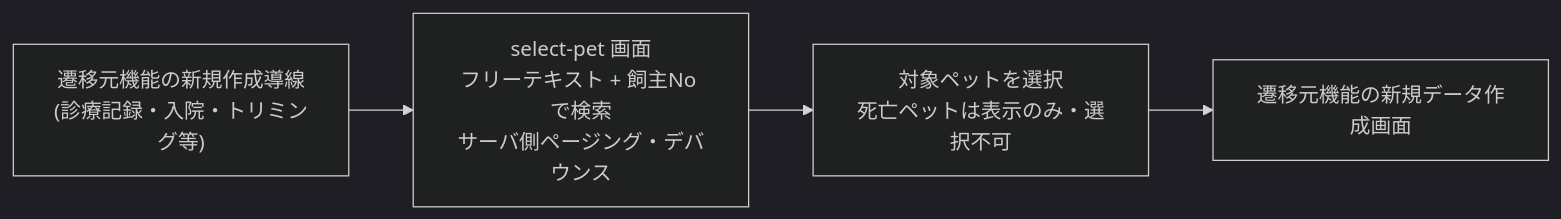
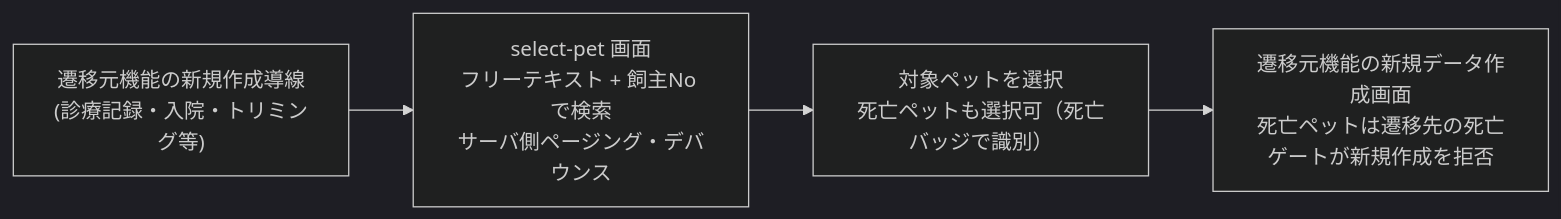
Before and after one commit to MinoruSoga/AnimalEkarte: the diagram in docs/spec/screens/00-pet-selection.md, drawn with Mermaid (dark theme). The commit also changed other lines of this file and 10 other files, not shown here.

````diff
--- a/docs/spec/screens/00-pet-selection.md
+++ b/docs/spec/screens/00-pet-selection.md
@@ -12,6 +12,6 @@
 ```mermaid
 flowchart LR
     A["遷移元機能の新規作成導線<br>(診療記録・入院・トリミング等)"] --> B["select-pet 画面<br>フリーテキスト + 飼主No で検索<br>サーバ側ページング・デバウンス"]
-    B --> C["対象ペットを選択<br>死亡ペットは表示のみ・選択不可"]
-    C --> D["遷移元機能の新規データ作成画面"]
+    B --> C["対象ペットを選択<br>死亡ペットも選択可（死亡バッジで識別）"]
+    C --> D["遷移元機能の新規データ作成画面<br>死亡ペットは遷移先の死亡ゲートが新規作成を拒否"]
 ```
````
